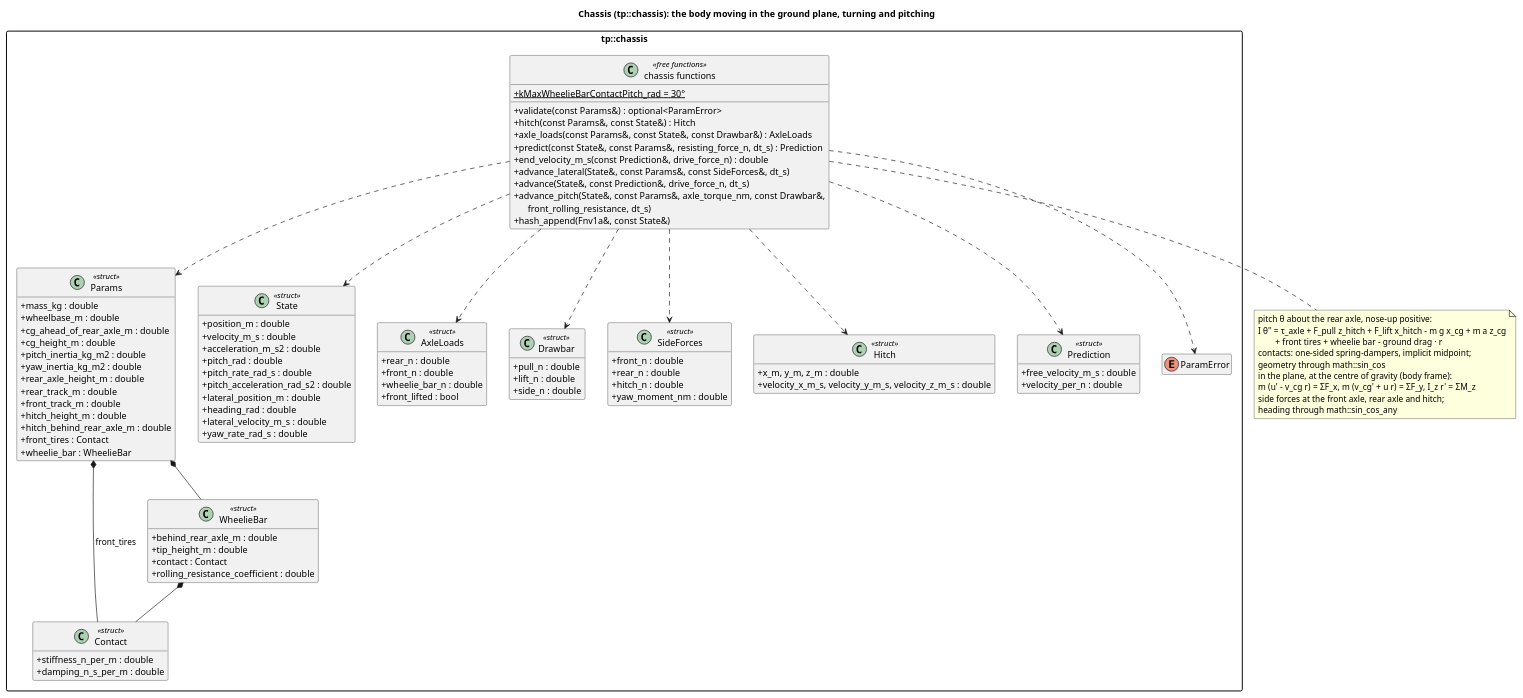
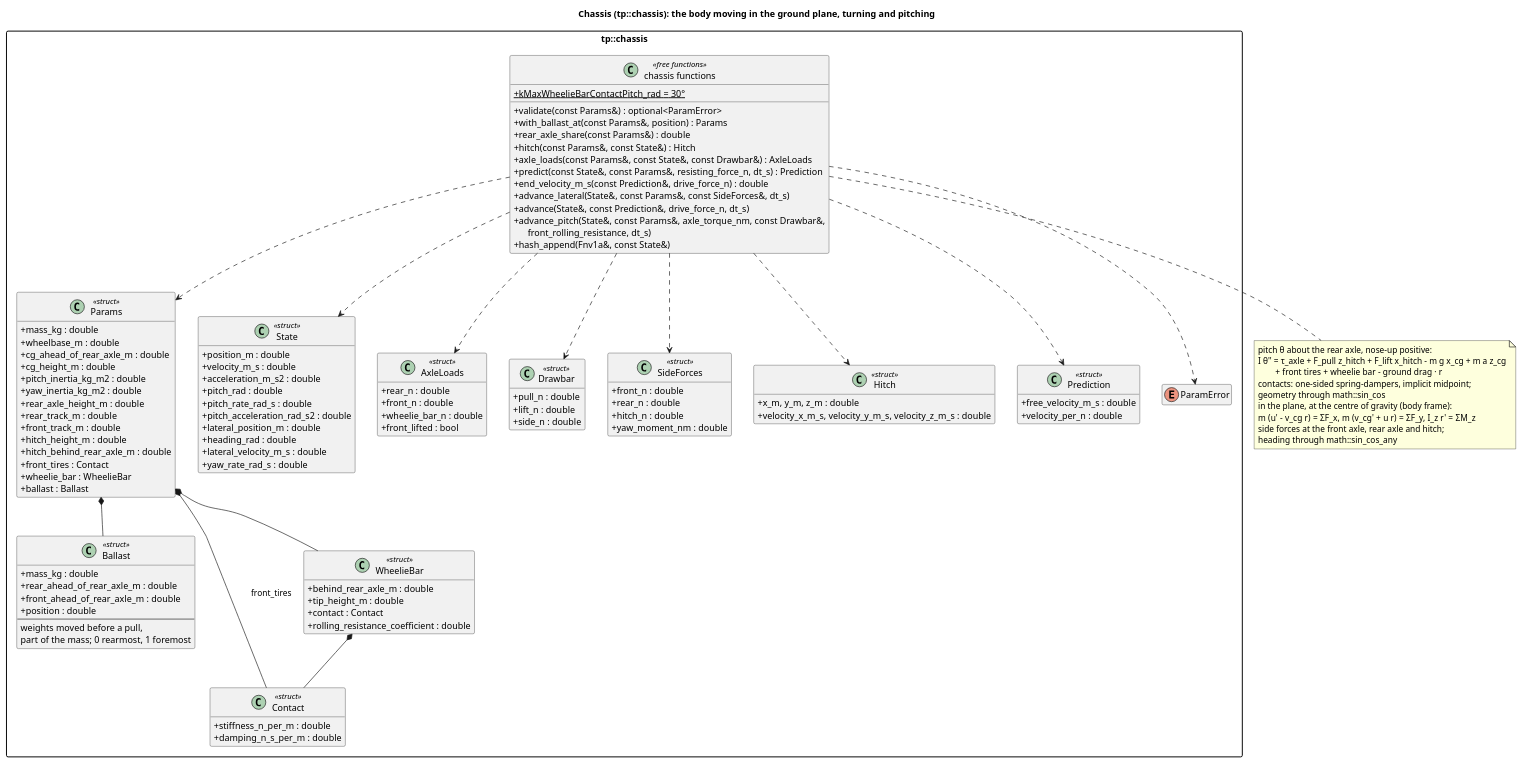
The diagram in docs/diagrams/chassis_classes.puml (wversteeg/TractorPulling), drawn with PlantUML before and after one commit. The commit also changed 30 other files, not shown here.

First line of the commit message:
Tuning before a pull: the ballast and the rear tires' pressure

```diff
--- a/docs/diagrams/chassis_classes.puml
+++ b/docs/diagrams/chassis_classes.puml
@@ -1,106 +1,119 @@
 @startuml chassis_classes
 title Chassis (tp::chassis): the body moving in the ground plane, turning and pitching
 hide empty members
 skinparam packageStyle rectangle
 skinparam classAttributeIconSize 0
 
 package "tp::chassis" {
   class Params <<struct>> {
     +mass_kg : double
     +wheelbase_m : double
     +cg_ahead_of_rear_axle_m : double
     +cg_height_m : double
     +pitch_inertia_kg_m2 : double
     +yaw_inertia_kg_m2 : double
     +rear_axle_height_m : double
     +rear_track_m : double
     +front_track_m : double
     +hitch_height_m : double
     +hitch_behind_rear_axle_m : double
     +front_tires : Contact
     +wheelie_bar : WheelieBar
+    +ballast : Ballast
+  }
+  class Ballast <<struct>> {
+    +mass_kg : double
+    +rear_ahead_of_rear_axle_m : double
+    +front_ahead_of_rear_axle_m : double
+    +position : double
+    --
+    weights moved before a pull,
+    part of the mass; 0 rearmost, 1 foremost
   }
   class Contact <<struct>> {
     +stiffness_n_per_m : double
     +damping_n_s_per_m : double
   }
   class WheelieBar <<struct>> {
     +behind_rear_axle_m : double
     +tip_height_m : double
     +contact : Contact
     +rolling_resistance_coefficient : double
   }
   class State <<struct>> {
     +position_m : double
     +velocity_m_s : double
     +acceleration_m_s2 : double
     +pitch_rad : double
     +pitch_rate_rad_s : double
     +pitch_acceleration_rad_s2 : double
     +lateral_position_m : double
     +heading_rad : double
     +lateral_velocity_m_s : double
     +yaw_rate_rad_s : double
   }
   class AxleLoads <<struct>> {
     +rear_n : double
     +front_n : double
     +wheelie_bar_n : double
     +front_lifted : bool
   }
   class Drawbar <<struct>> {
     +pull_n : double
     +lift_n : double
     +side_n : double
   }
   class SideForces <<struct>> {
     +front_n : double
     +rear_n : double
     +hitch_n : double
     +yaw_moment_nm : double
   }
   class Hitch <<struct>> {
     +x_m, y_m, z_m : double
     +velocity_x_m_s, velocity_y_m_s, velocity_z_m_s : double
   }
   class Prediction <<struct>> {
     +free_velocity_m_s : double
     +velocity_per_n : double
   }
   enum ParamError
   class "chassis functions" as ChassisFns <<free functions>> {
     +{static} kMaxWheelieBarContactPitch_rad = 30°
     +validate(const Params&) : optional<ParamError>
+    +with_ballast_at(const Params&, position) : Params
+    +rear_axle_share(const Params&) : double
     +hitch(const Params&, const State&) : Hitch
     +axle_loads(const Params&, const State&, const Drawbar&) : AxleLoads
     +predict(const State&, const Params&, resisting_force_n, dt_s) : Prediction
     +end_velocity_m_s(const Prediction&, drive_force_n) : double
     +advance_lateral(State&, const Params&, const SideForces&, dt_s)
     +advance(State&, const Prediction&, drive_force_n, dt_s)
     +advance_pitch(State&, const Params&, axle_torque_nm, const Drawbar&,\n      front_rolling_resistance, dt_s)
     +hash_append(Fnv1a&, const State&)
   }
   Params *-- Contact : front_tires
   Params *-- WheelieBar
+  Params *-- Ballast
   WheelieBar *-- Contact
   ChassisFns ..> Params
   ChassisFns ..> State
   ChassisFns ..> AxleLoads
   ChassisFns ..> Prediction
   ChassisFns ..> Drawbar
   ChassisFns ..> Hitch
   ChassisFns ..> SideForces
   ChassisFns ..> ParamError
 }
 note bottom of ChassisFns
   pitch θ about the rear axle, nose-up positive:
   I θ'' = τ_axle + F_pull z_hitch + F_lift x_hitch - m g x_cg + m a z_cg
           + front tires + wheelie bar - ground drag · r
   contacts: one-sided spring-dampers, implicit midpoint;
   geometry through math::sin_cos
   in the plane, at the centre of gravity (body frame):
   m (u' - v_cg r) = ΣF_x,  m (v_cg' + u r) = ΣF_y,  I_z r' = ΣM_z
   side forces at the front axle, rear axle and hitch;
   heading through math::sin_cos_any
 end note
 @enduml
```
